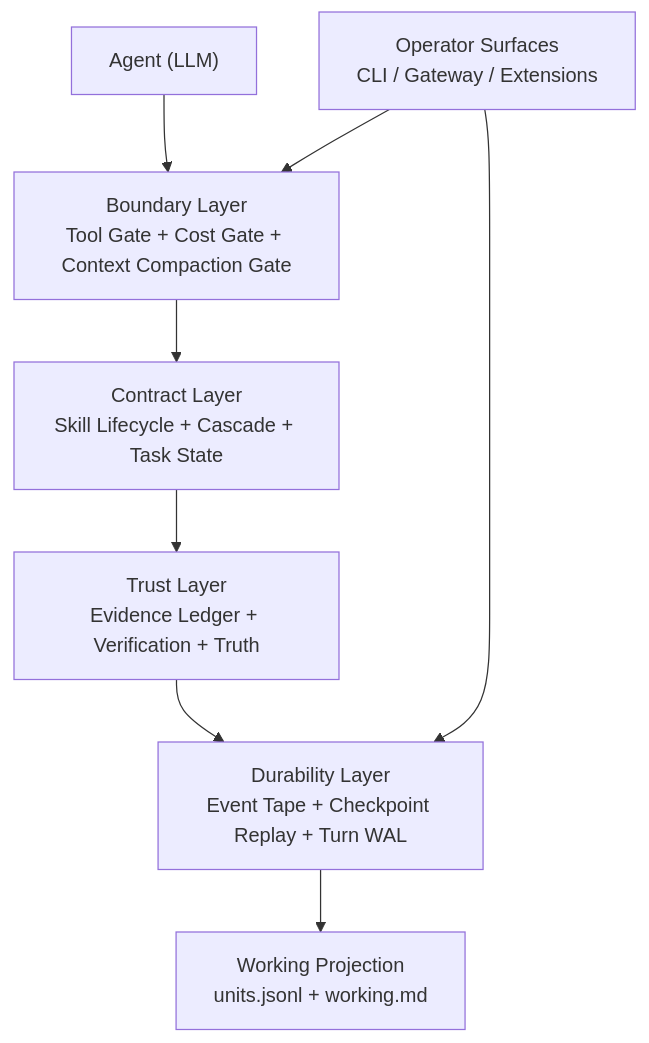
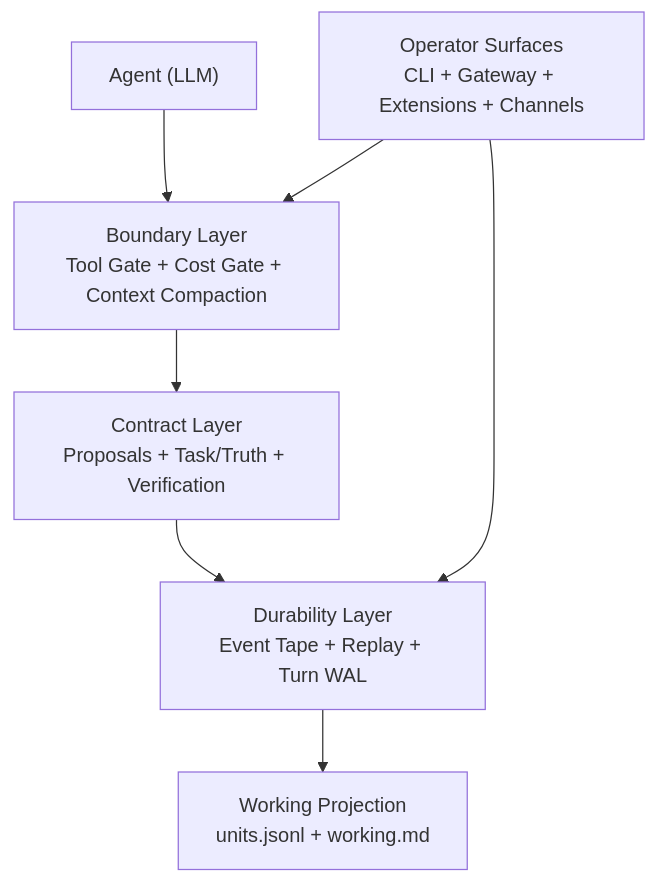
The diagram in README.md (arcthur/Brewva), drawn with Mermaid before and after one commit. The commit also changed other lines of this file and 1 other file, not shown here.

````diff
--- a/README.md
+++ b/README.md
@@ -38,18 +27,16 @@
 ```mermaid
 flowchart TD
   AGENT["Agent (LLM)"]
-  TRUST["Trust Layer<br/>Evidence Ledger + Verification + Truth"]
-  BOUNDARY["Boundary Layer<br/>Tool Gate + Cost Gate + Context Compaction Gate"]
-  CONTRACT["Contract Layer<br/>Skill Lifecycle + Cascade + Task State"]
-  DURABILITY["Durability Layer<br/>Event Tape + Checkpoint Replay + Turn WAL"]
+  BOUNDARY["Boundary Layer<br/>Tool Gate + Cost Gate + Context Compaction"]
+  CONTRACT["Contract Layer<br/>Proposals + Task/Truth + Verification"]
+  DURABILITY["Durability Layer<br/>Event Tape + Replay + Turn WAL"]
   PROJECTION["Working Projection<br/>units.jsonl + working.md"]
-  UX["Operator Surfaces<br/>CLI / Gateway / Extensions"]
+  OPERATORS["Operator Surfaces<br/>CLI + Gateway + Extensions + Channels"]
 
   AGENT --> BOUNDARY
   BOUNDARY --> CONTRACT
-  CONTRACT --> TRUST
-  TRUST --> DURABILITY
+  CONTRACT --> DURABILITY
   DURABILITY --> PROJECTION
-  UX --> BOUNDARY
-  UX --> DURABILITY
+  OPERATORS --> BOUNDARY
+  OPERATORS --> DURABILITY
 ```
````
